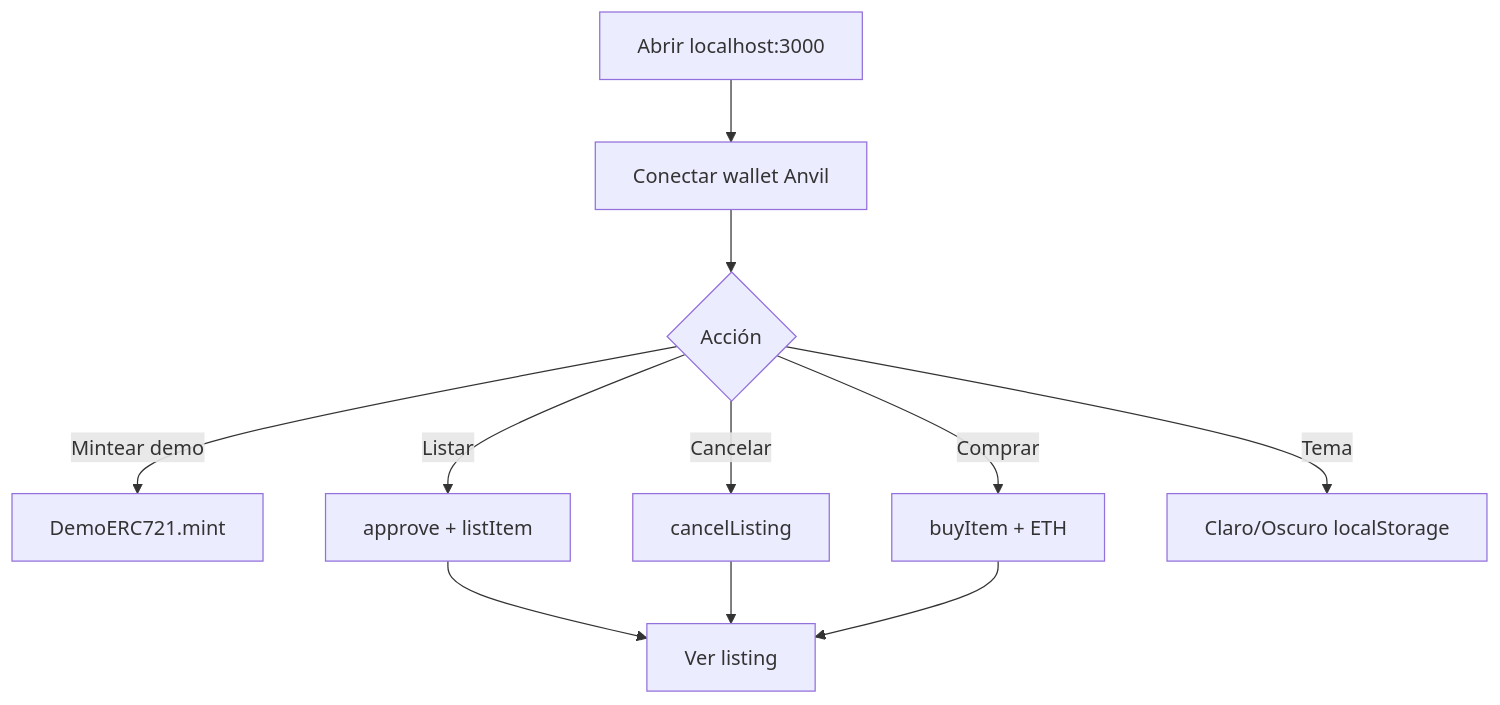
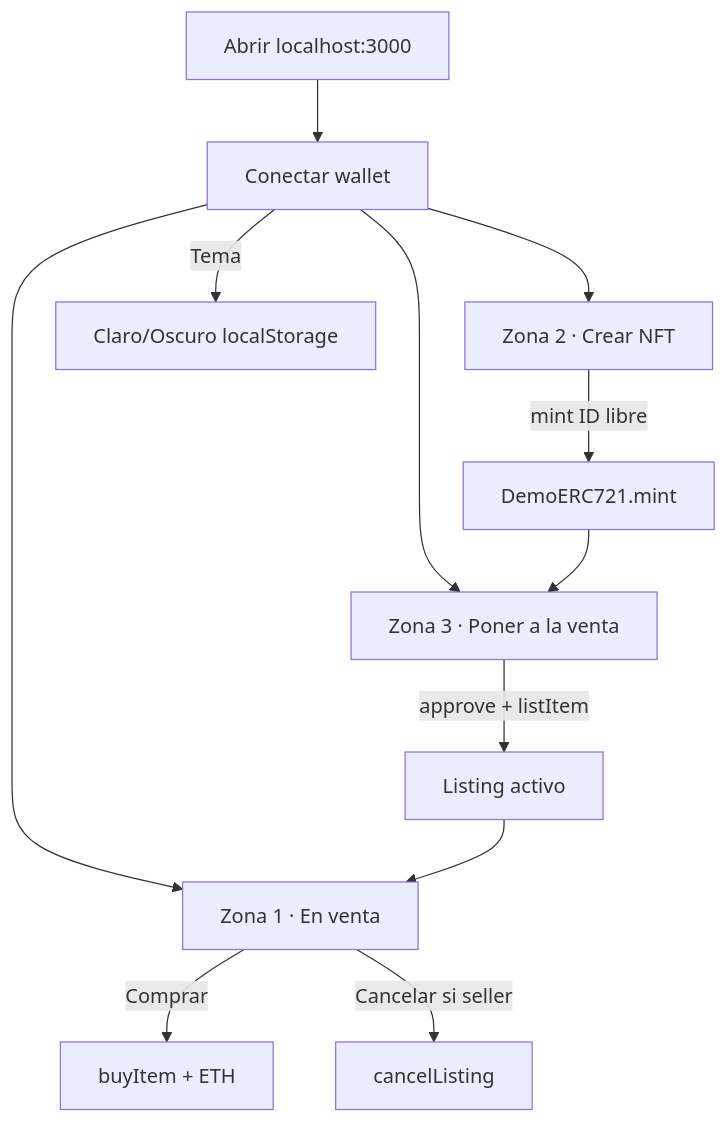
Before and after one commit to rastrahm/nft-marketplace: the fifth of 5 diagrams in doc/flujograma.md, drawn with Mermaid. The commit also changed other lines of this file and 17 other files, not shown here.

````diff
--- a/doc/flujograma.md
+++ b/doc/flujograma.md
@@ -148,13 +150,14 @@
 ```mermaid
 flowchart TD
-    U1[Abrir localhost:3000] --> U2[Conectar wallet Anvil]
-    U2 --> U3{Acción}
-    U3 -->|Mintear demo| U4[DemoERC721.mint]
-    U3 -->|Listar| U5[approve + listItem]
-    U3 -->|Cancelar| U6[cancelListing]
-    U3 -->|Comprar| U7[buyItem + ETH]
-    U3 -->|Tema| U8[Claro/Oscuro localStorage]
-    U5 --> U9[Ver listing]
-    U6 --> U9
-    U7 --> U9
+    U1[Abrir localhost:3000] --> U2[Conectar wallet]
+    U2 --> Z1[Zona 1 · En venta]
+    U2 --> Z2[Zona 2 · Crear NFT]
+    U2 --> Z3[Zona 3 · Poner a la venta]
+    Z2 -->|mint ID libre| M[DemoERC721.mint]
+    M --> Z3
+    Z3 -->|approve + listItem| L[Listing activo]
+    L --> Z1
+    Z1 -->|Comprar| B[buyItem + ETH]
+    Z1 -->|Cancelar si seller| C[cancelListing]
+    U2 -->|Tema| T[Claro/Oscuro localStorage]
 ```
````
